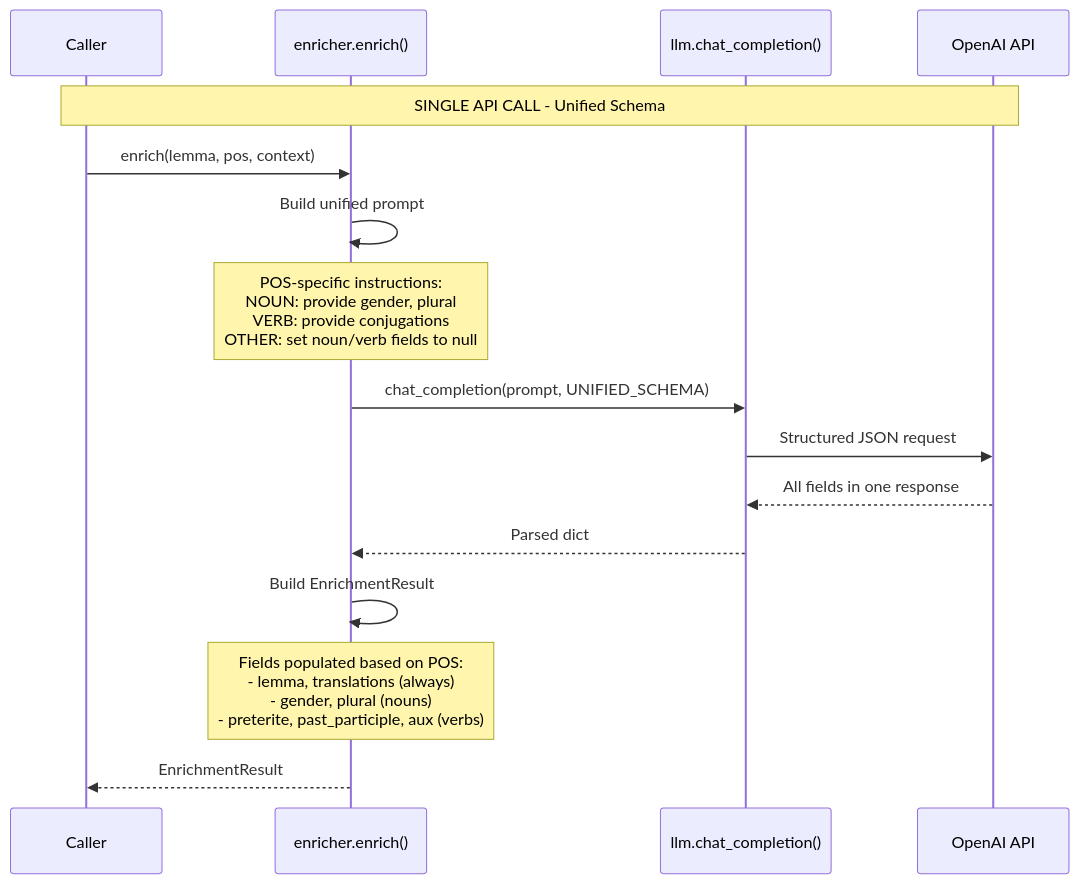
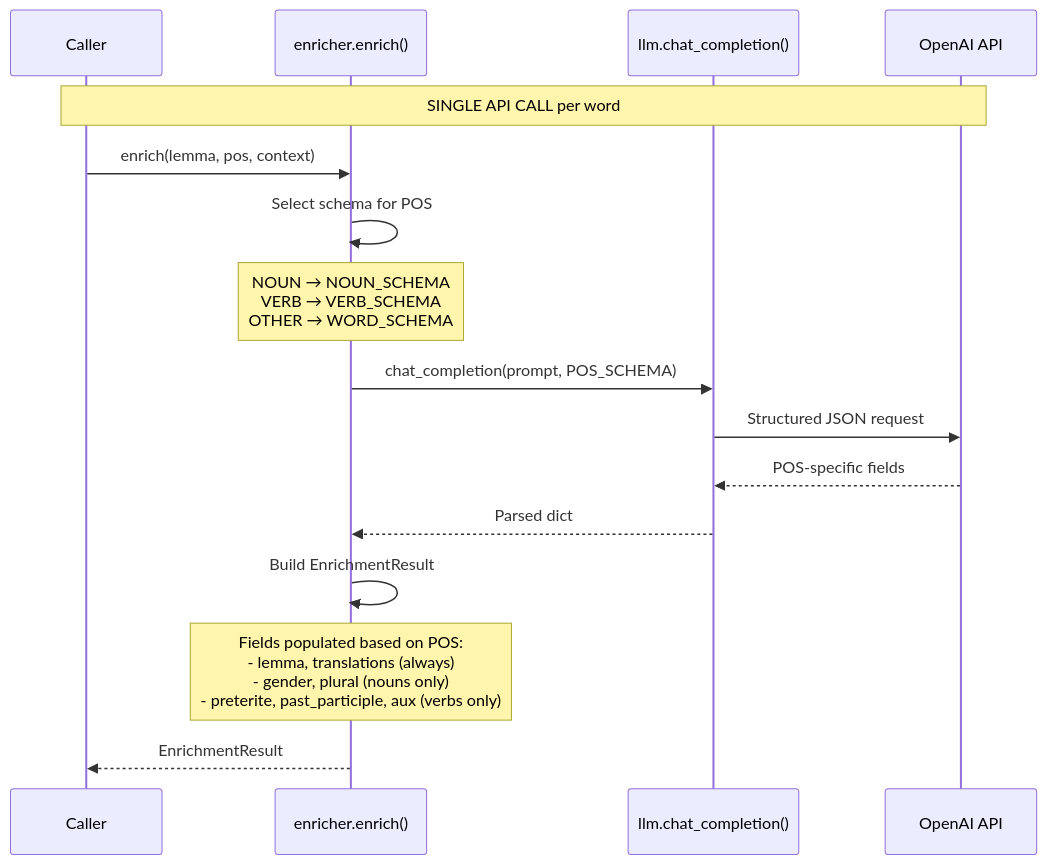
The fifth of 9 diagrams in docs/llm-pipelines.md (sapientpants/vocabext), drawn with Mermaid before and after one commit. The commit also changed other lines of this file and 7 other files, not shown here.

First line of the commit message:
refactor: simplify enrichment with POS-specific schemas

````diff
--- a/docs/llm-pipelines.md
+++ b/docs/llm-pipelines.md
@@ -225,24 +225,24 @@
 ```mermaid
 sequenceDiagram
     participant Caller
     participant Enricher as enricher.enrich()
     participant llm as llm.chat_completion()
     participant API as OpenAI API
 
-    Note over Caller,API: SINGLE API CALL - Unified Schema
+    Note over Caller,API: SINGLE API CALL per word
 
     Caller->>Enricher: enrich(lemma, pos, context)
 
-    Enricher->>Enricher: Build unified prompt
-    Note over Enricher: POS-specific instructions:<br/>NOUN: provide gender, plural<br/>VERB: provide conjugations<br/>OTHER: set noun/verb fields to null
+    Enricher->>Enricher: Select schema for POS
+    Note over Enricher: NOUN → NOUN_SCHEMA<br/>VERB → VERB_SCHEMA<br/>OTHER → WORD_SCHEMA
 
-    Enricher->>llm: chat_completion(prompt, UNIFIED_SCHEMA)
+    Enricher->>llm: chat_completion(prompt, POS_SCHEMA)
     llm->>API: Structured JSON request
-    API-->>llm: All fields in one response
+    API-->>llm: POS-specific fields
     llm-->>Enricher: Parsed dict
 
     Enricher->>Enricher: Build EnrichmentResult
-    Note over Enricher: Fields populated based on POS:<br/>- lemma, translations (always)<br/>- gender, plural (nouns)<br/>- preterite, past_participle, aux (verbs)
+    Note over Enricher: Fields populated based on POS:<br/>- lemma, translations (always)<br/>- gender, plural (nouns only)<br/>- preterite, past_participle, aux (verbs only)
 
     Enricher-->>Caller: EnrichmentResult
 ```
````
